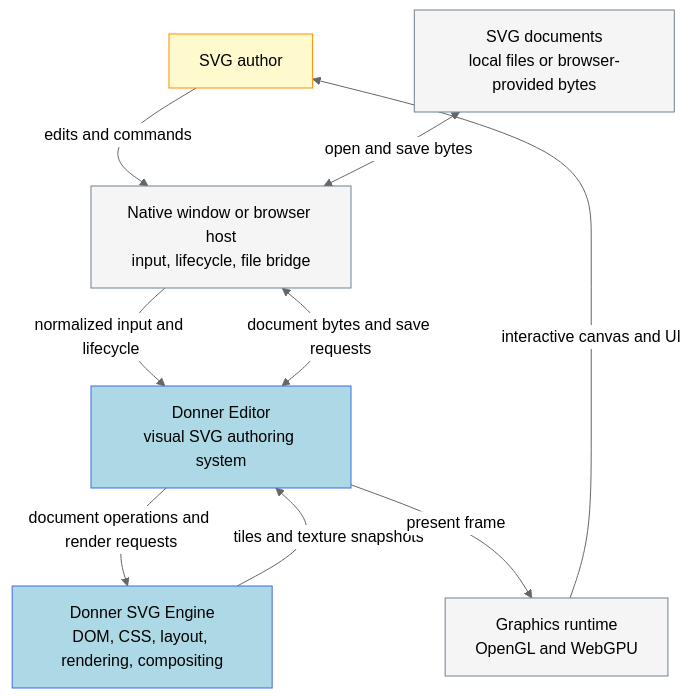
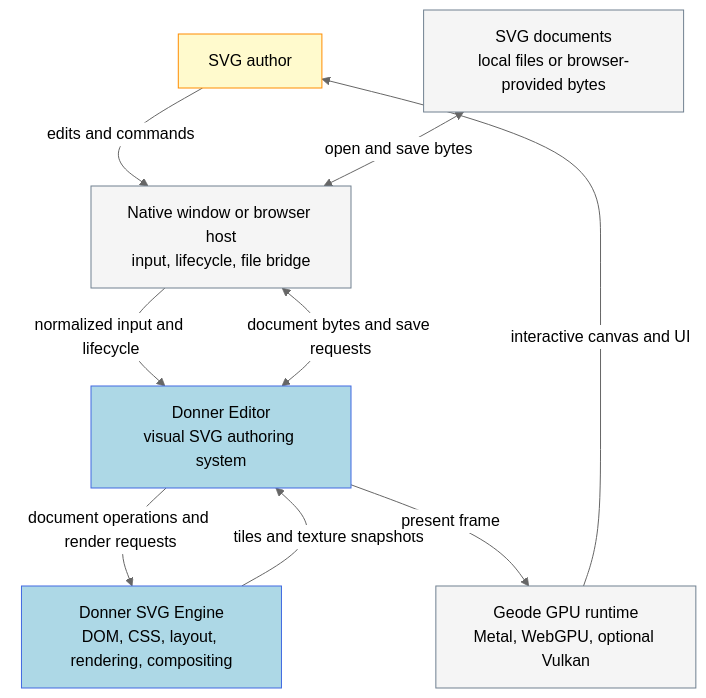
Before and after one commit to jwmcglynn/donner: the first of 5 diagrams in docs/editor_architecture.md, drawn with Mermaid (neutral theme). The commit also changed other lines of this file and 2 other files, not shown here.

Commit message:
Refresh v0.8 support and editor architecture docs

````diff
--- a/docs/editor_architecture.md
+++ b/docs/editor_architecture.md
@@ -56,25 +56,25 @@
 ```mermaid
 flowchart TB
   author["SVG author"]
   files["SVG documents<br/>local files or browser-provided bytes"]
   host["Native window or browser host<br/>input, lifecycle, file bridge"]
   editor["Donner Editor<br/>visual SVG authoring system"]
   engine["Donner SVG Engine<br/>DOM, CSS, layout, rendering, compositing"]
-  graphics["Graphics runtime<br/>OpenGL and WebGPU"]
+  graphics["Geode GPU runtime<br/>Metal, WebGPU, optional Vulkan"]
 
   author -->|"edits and commands"| host
   files <-->|"open and save bytes"| host
   host -->|"normalized input and lifecycle"| editor
   host <-->|"document bytes and save requests"| editor
   editor -->|"document operations and render requests"| engine
   engine -->|"tiles and texture snapshots"| editor
   editor -->|"present frame"| graphics
   graphics -->|"interactive canvas and UI"| author
 
   classDef person fill:lemonchiffon,stroke:darkorange,color:black
   classDef system fill:lightblue,stroke:royalblue,color:black
   classDef external fill:whitesmoke,stroke:slategray,color:black
   class author person
   class editor,engine system
   class files,host,graphics external
 ```
````
